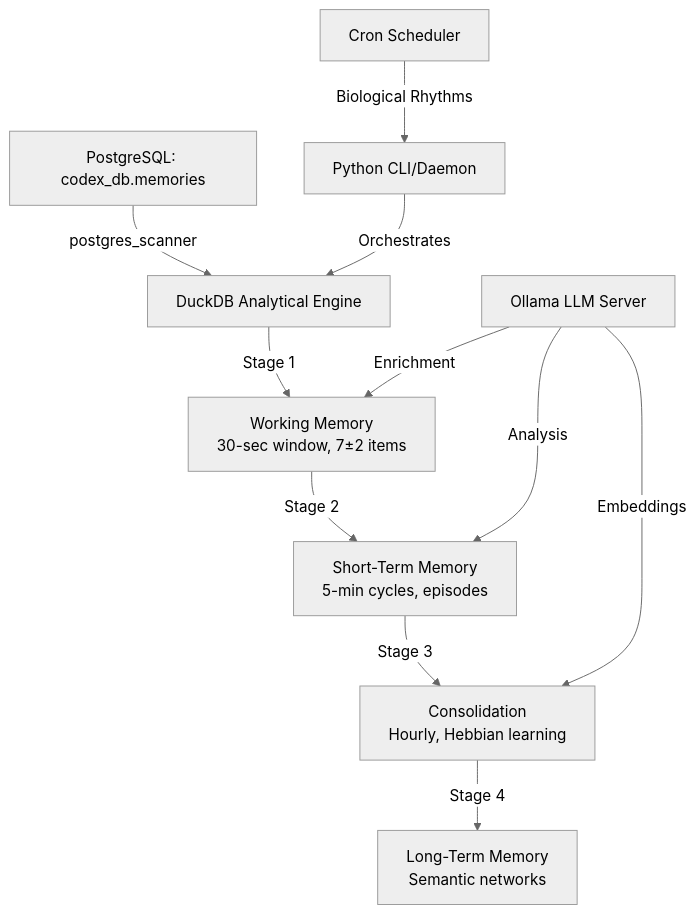
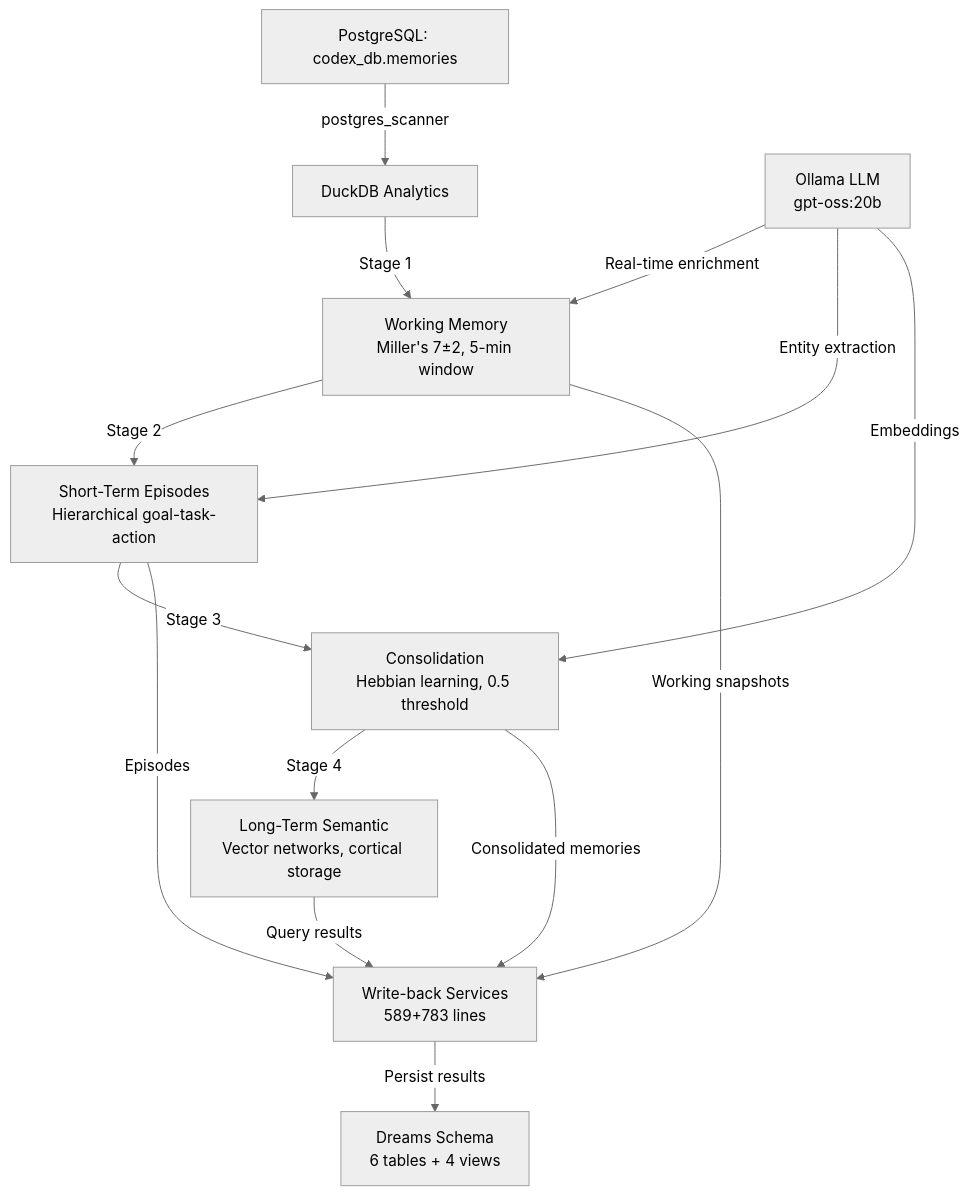
The diagram in README.md (Ladvien/codex-dreams), drawn with Mermaid (neutral theme) before and after one commit. The commit also changed other lines of this file and 1 other file, not shown here.

````diff
--- a/README.md
+++ b/README.md
@@ -47,15 +60,19 @@
 ```mermaid
 graph TD
-    A[PostgreSQL: codex_db.memories] -->|postgres_scanner| B[DuckDB Analytical Engine]
-    B -->|Stage 1| C[Working Memory<br/>30-sec window, 7±2 items]
-    C -->|Stage 2| D[Short-Term Memory<br/>5-min cycles, episodes]
-    D -->|Stage 3| E[Consolidation<br/>Hourly, Hebbian learning]
-    E -->|Stage 4| F[Long-Term Memory<br/>Semantic networks]
-
-    G[Ollama LLM Server] -->|Enrichment| C
-    G -->|Analysis| D
+    A[PostgreSQL: codex_db.memories] -->|postgres_scanner| B[DuckDB Analytics]
+    B -->|Stage 1| C[Working Memory<br/>Miller's 7±2, 5-min window]
+    C -->|Stage 2| D[Short-Term Episodes<br/>Hierarchical goal-task-action]
+    D -->|Stage 3| E[Consolidation<br/>Hebbian learning, 0.5 threshold]
+    E -->|Stage 4| F[Long-Term Semantic<br/>Vector networks, cortical storage]
+    
+    G[Ollama LLM<br/>gpt-oss:20b] -->|Real-time enrichment| C
+    G -->|Entity extraction| D
     G -->|Embeddings| E
-
-    H[Python CLI/Daemon] -->|Orchestrates| B
-    I[Cron Scheduler] -->|Biological Rhythms| H
+    
+    H[Write-back Services<br/>589+783 lines] -->|Persist results| I[Dreams Schema<br/>6 tables + 4 views]
+    
+    F -->|Query results| H
+    E -->|Consolidated memories| H
+    D -->|Episodes| H
+    C -->|Working snapshots| H
 ```
````
